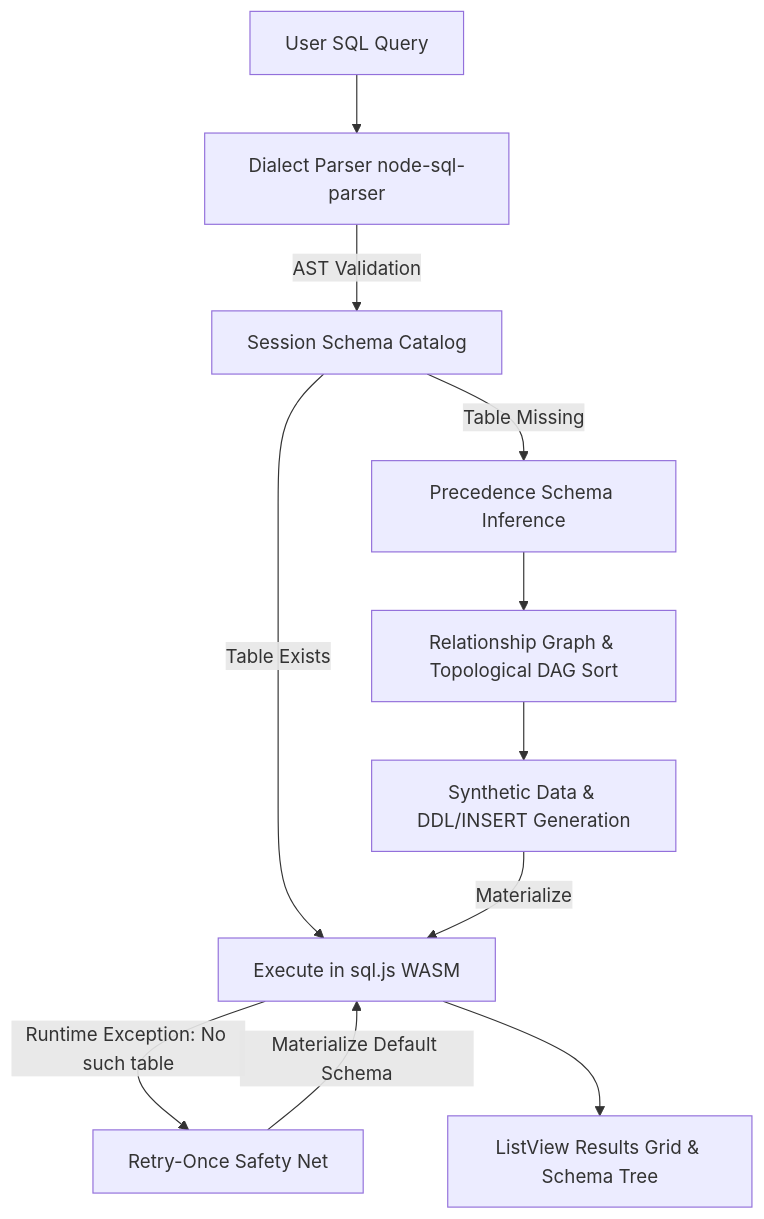
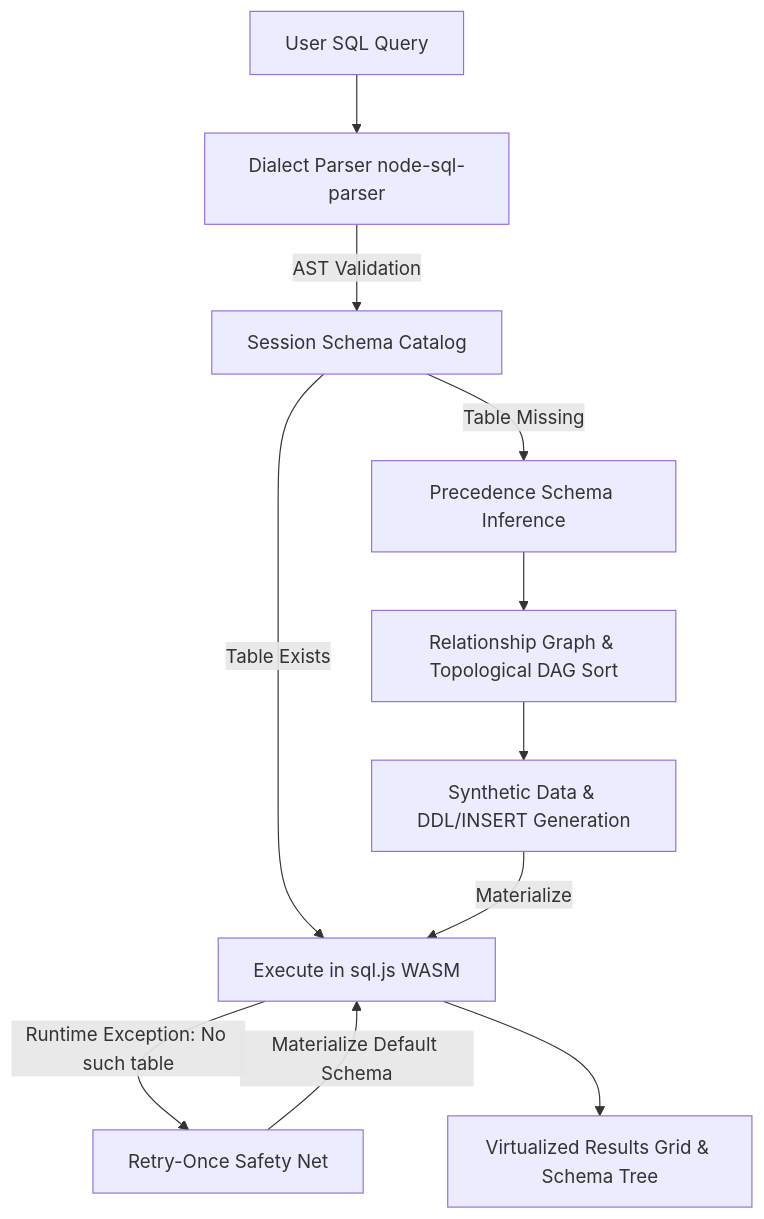
One commit to Mrityunjai-hue/exnihilo-95 changed the diagram in README.md. Above: the diagram before and after it, drawn with Mermaid. The commit also changed other lines of this file and 3 other files, not shown here.

Commit message:
release: v2.0.0 — Complete SQL Engine Expansion (Window Functions, DDL, Views, Procedures, Triggers, Recursive CTEs, Virtualized Grid & IndexedDB)

````diff
--- a/README.md
+++ b/README.md
@@ -130,13 +91,13 @@
 ```mermaid
 graph TD
     A[User SQL Query] --> B[Dialect Parser node-sql-parser]
     B -->|AST Validation| C[Session Schema Catalog]
     C -->|Table Exists| G[Execute in sql.js WASM]
     C -->|Table Missing| D[Precedence Schema Inference]
     D --> E[Relationship Graph & Topological DAG Sort]
     E --> F[Synthetic Data & DDL/INSERT Generation]
     F -->|Materialize| G
     G -->|Runtime Exception: No such table| H[Retry-Once Safety Net]
     H -->|Materialize Default Schema| G
-    G --> I[ListView Results Grid & Schema Tree]
+    G --> I[Virtualized Results Grid & Schema Tree]
 ```
````
